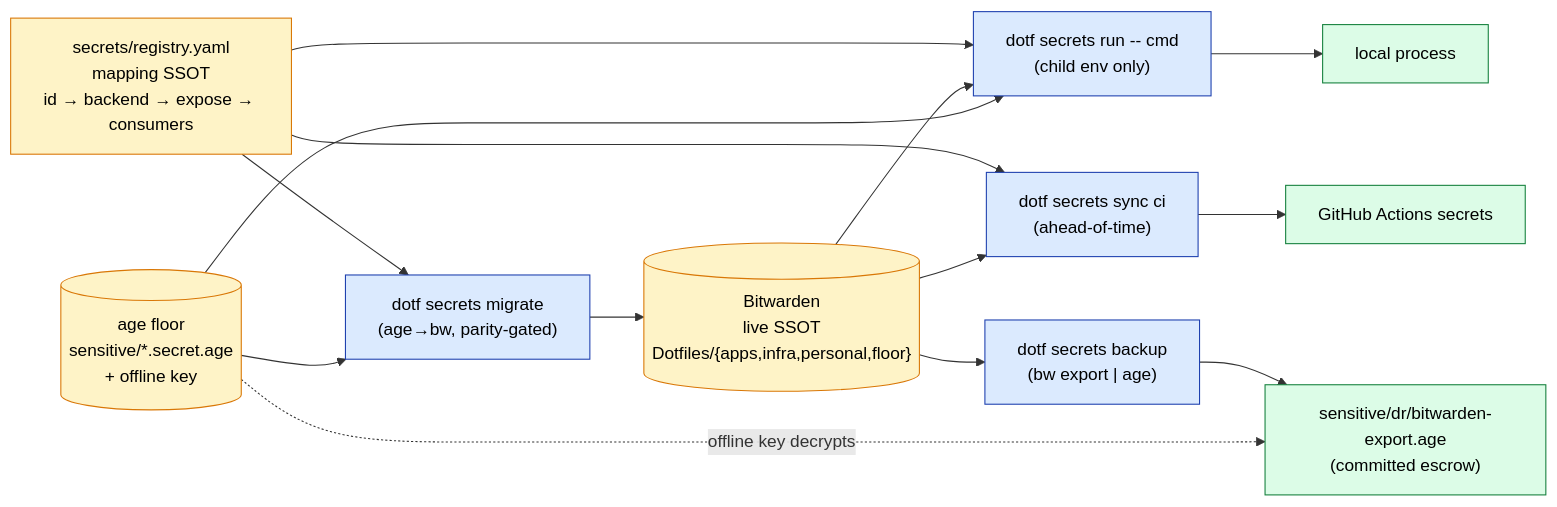
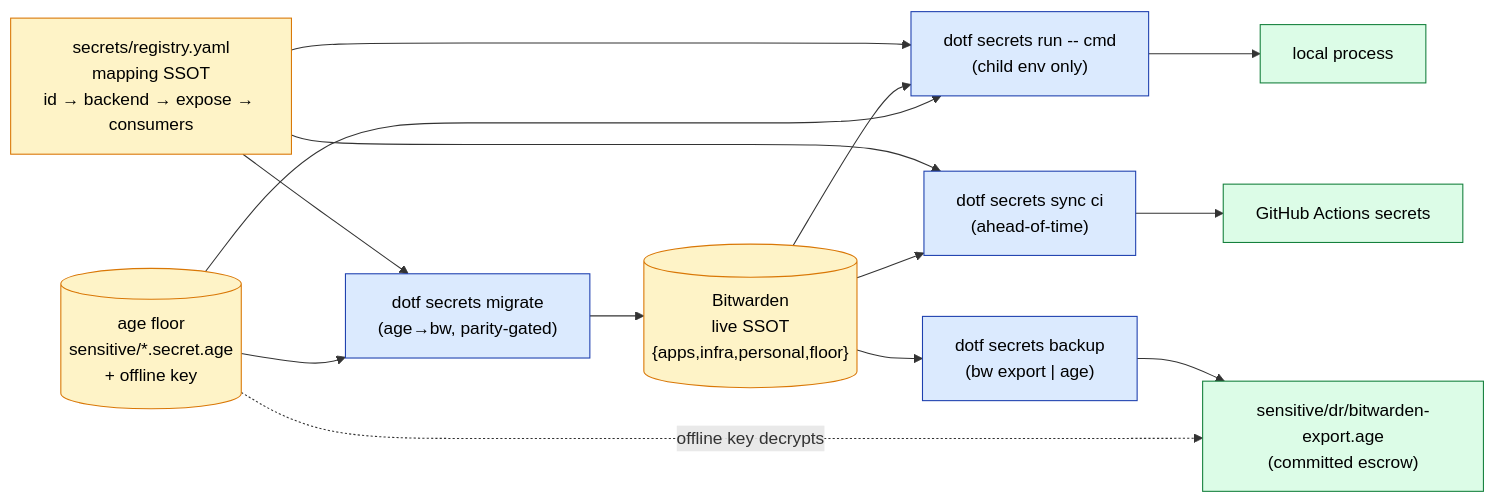
The diagram in docs/runbooks/guide-secrets-governance.md (mlorentedev/dotfiles), drawn with Mermaid before and after one commit. The commit also changed other lines of this file and 9 other files, not shown here.

````diff
--- a/docs/runbooks/guide-secrets-governance.md
+++ b/docs/runbooks/guide-secrets-governance.md
@@ -16,27 +16,27 @@
 ```mermaid
 flowchart LR
     classDef store fill:#fef3c7,stroke:#d97706,color:#000
     classDef cmd fill:#dbeafe,stroke:#1e40af,color:#000
     classDef target fill:#dcfce7,stroke:#15803d,color:#000
 
-    BW[("Bitwarden<br/>live SSOT<br/>Dotfiles/{apps,infra,personal,floor}")]:::store
+    BW[("Bitwarden<br/>live SSOT<br/>{apps,infra,personal,floor}")]:::store
     AGE[("age floor<br/>sensitive/*.secret.age<br/>+ offline key")]:::store
     REG["secrets/registry.yaml<br/>mapping SSOT<br/>id → backend → expose → consumers"]:::store
 
     RUN["dotf secrets run -- cmd<br/>(child env only)"]:::cmd
     SYNC["dotf secrets sync ci<br/>(ahead-of-time)"]:::cmd
     MIG["dotf secrets migrate<br/>(age→bw, parity-gated)"]:::cmd
     BAK["dotf secrets backup<br/>(bw export | age)"]:::cmd
 
     LOCAL["local process"]:::target
     CI["GitHub Actions secrets"]:::target
     DR["sensitive/dr/bitwarden-export.age<br/>(committed escrow)"]:::target
 
     REG --> RUN & SYNC & MIG
     BW --> RUN --> LOCAL
     AGE --> RUN
     BW --> SYNC --> CI
     AGE --> MIG --> BW
     BW --> BAK --> DR
     AGE -. "offline key decrypts" .-> DR
 ```
````
